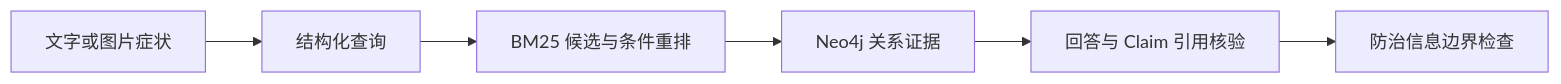
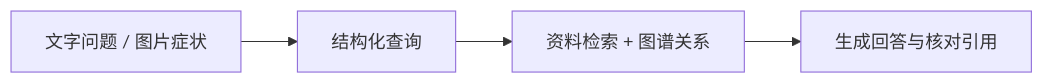
The diagram in README.md (xbzz1018/agrigraph), drawn with Mermaid before and after one commit. The commit also changed other lines of this file and 1 other file, not shown here.

````diff
--- a/README.md
+++ b/README.md
@@ -9,8 +17,6 @@
 ```mermaid
 flowchart LR
-    A[文字或图片症状] --> B[结构化查询]
-    B --> C[BM25 候选与条件重排]
-    C --> D[Neo4j 关系证据]
-    D --> E[回答与 Claim 引用核验]
-    E --> F[防治信息边界检查]
+    A["文字问题 / 图片症状"] --> B["结构化查询"]
+    B --> C["资料检索 + 图谱关系"]
+    C --> D["生成回答与核对引用"]
 ```
````
